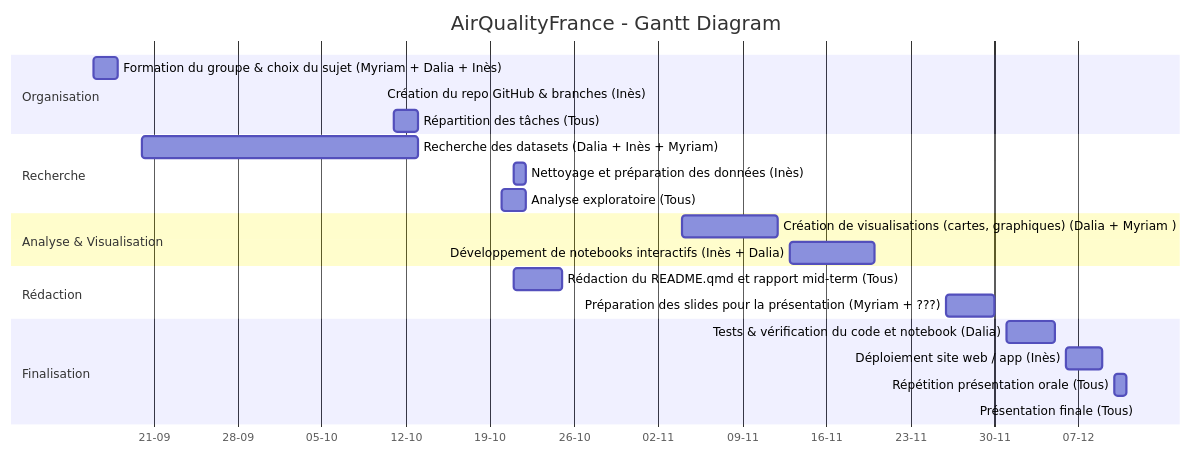
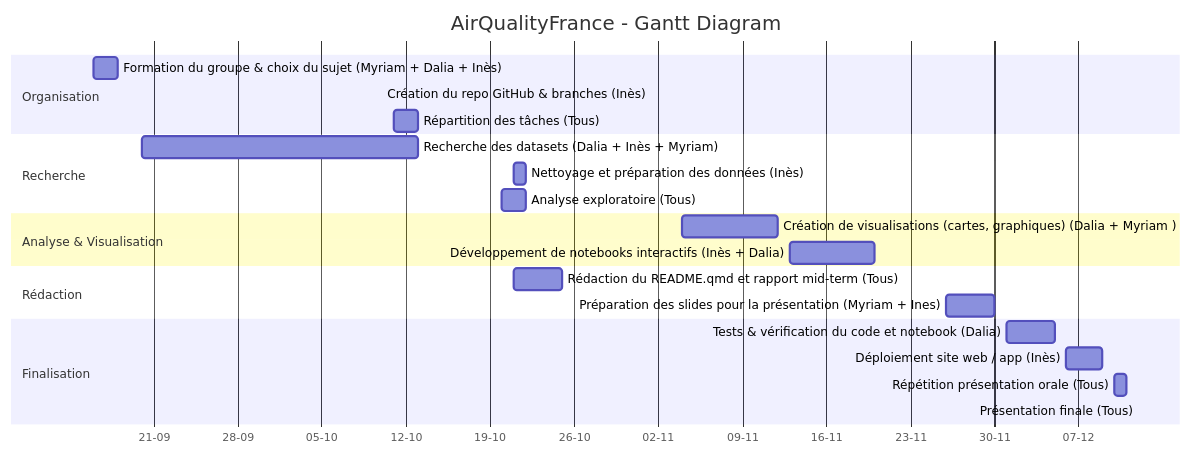
One commit to inesoooooooo/AirQualityFrance changed the diagram in roadmap/README.md. Above: the diagram before and after it, drawn with Mermaid.

Commit message:
Update team assignments in project timeline

````diff
--- a/roadmap/README.md
+++ b/roadmap/README.md
@@ -38,30 +38,30 @@
 ```mermaid
 gantt
     title AirQualityFrance - Gantt Diagram 
     dateFormat  YYYY-MM-DD
     axisFormat  %d-%m
 
     section Organisation
     Formation du groupe & choix du sujet (Myriam + Dalia + Inès)    :myriam, 2025-09-16, 2025-09-18
     Création du repo GitHub & branches (Inès)                       :ines, 2025-10-10, 2025-10-10
     Répartition des tâches (Tous)                                   :tous, 2025-10-11, 2025-10-13
 
     section Recherche
     Recherche des datasets (Dalia + Inès + Myriam)                  :dalia, 2025-09-20, 2025-10-13
     Nettoyage et préparation des données (Inès)                     :ines, 2025-10-21, 2025-10-22
     Analyse exploratoire (Tous)                                     :tous, 2025-10-20, 2025-10-22
 
     section Analyse & Visualisation
     Création de visualisations (cartes, graphiques) (Dalia + Myriam )   :dalia, 2025-11-04, 2025-11-12
-    Développement de notebooks interactifs (Inès + Dalia)          :ines, 2025-11-13, 2025-11-20
+    Développement de notebooks interactifs (Inès + Dalia)               :ines, 2025-11-13, 2025-11-20
 
     section Rédaction
     Rédaction du README.qmd et rapport mid-term (Tous)              :tous, 2025-10-21, 2025-10-25
-    Préparation des slides pour la présentation (Myriam + ???)      :myriam, 2025-11-26, 2025-11-30
+    Préparation des slides pour la présentation (Myriam + Ines)     :myriam, 2025-11-26, 2025-11-30
 
     section Finalisation
     Tests & vérification du code et notebook (Dalia)                :dalia, 2025-12-01, 2025-12-05
     Déploiement site web / app (Inès)                               :ines, 2025-12-06, 2025-12-09
     Répétition présentation orale (Tous)                            :tous, 2025-12-10, 2025-12-11
     Présentation finale (Tous)                                      :tous, 2025-12-12, 2025-12-12
 ```
````
